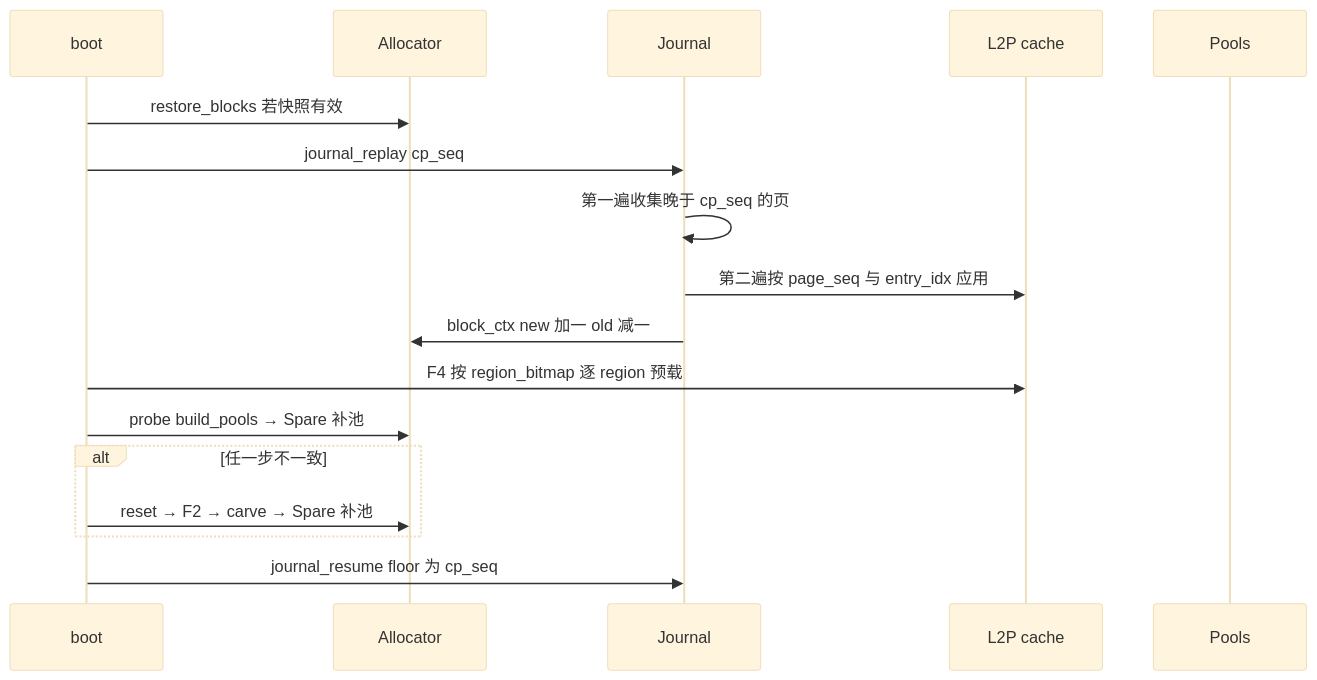
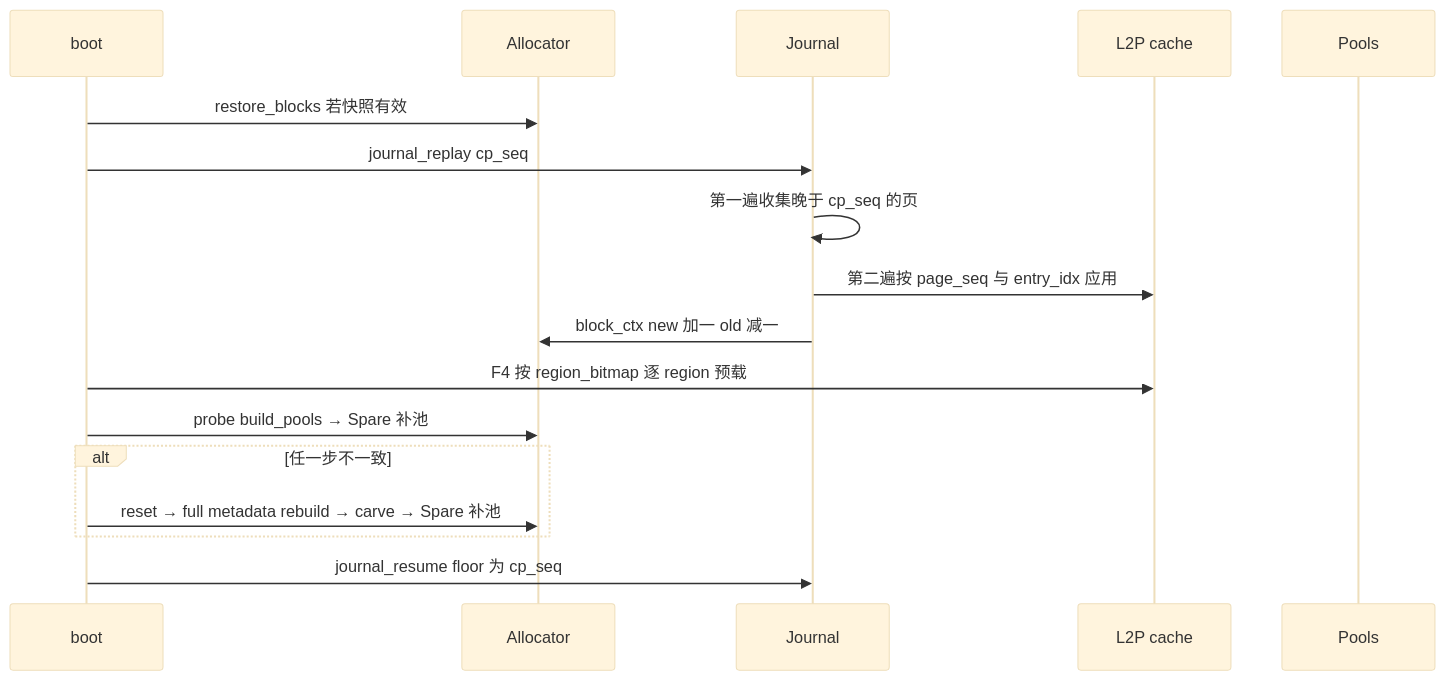
Diagram 25 of 32 in docs/design/ftl_design.md (YzYMIAO/BASESSD), drawn with Mermaid (base theme) before and after one commit. The commit also changed other lines of this file and 23 other files, not shown here.

````diff
--- a/docs/design/ftl_design.md
+++ b/docs/design/ftl_design.md
@@ -3538,20 +3542,20 @@
 ```mermaid
 sequenceDiagram
     participant B as boot
     participant A as Allocator
     participant J as Journal
     participant L as L2P cache
     participant P as Pools
 
     B->>A: restore_blocks 若快照有效
     B->>J: journal_replay cp_seq
     J->>J: 第一遍收集晚于 cp_seq 的页
     J->>L: 第二遍按 page_seq 与 entry_idx 应用
     J->>A: block_ctx new 加一 old 减一
     B->>L: F4 按 region_bitmap 逐 region 预载
     B->>A: probe build_pools → Spare 补池
     alt 任一步不一致
-        B->>A: reset → F2 → carve → Spare 补池
+        B->>A: reset → full metadata rebuild → carve → Spare 补池
     end
     B->>J: journal_resume floor 为 cp_seq
 ```
````
